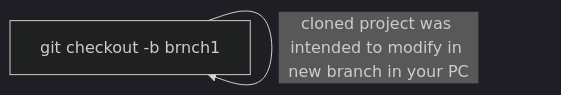
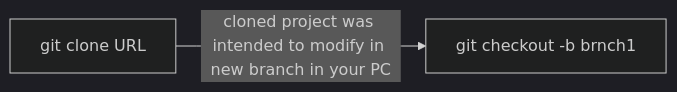
The second of 3 diagrams in README.md (Akhmarzhan/practicum-task), drawn with Mermaid (dark theme) before and after one commit.

Commit message:
Added mermaid about git pull

````diff
--- a/README.md
+++ b/README.md
@@ -79,4 +79,4 @@
 ```mermaid
   graph LR;
-      id["git clone URL"] -- "cloned project was intended to modify in new branch in your PC" --> id["git checkout -b brnch1"];
+      id1["git clone URL"] -- "cloned project was intended to modify in new branch in your PC" --> id["git checkout -b brnch1"];
 ```
````
